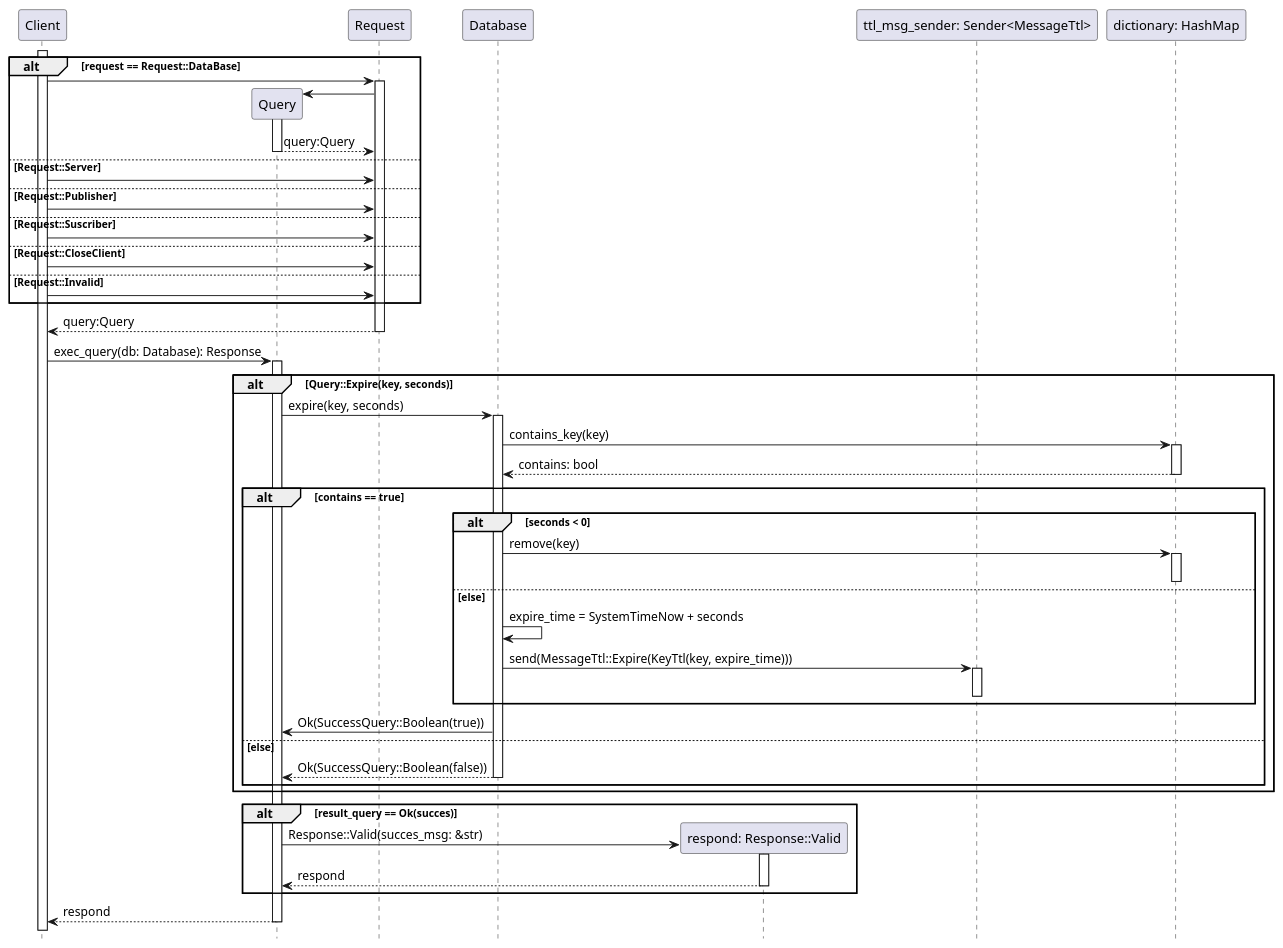
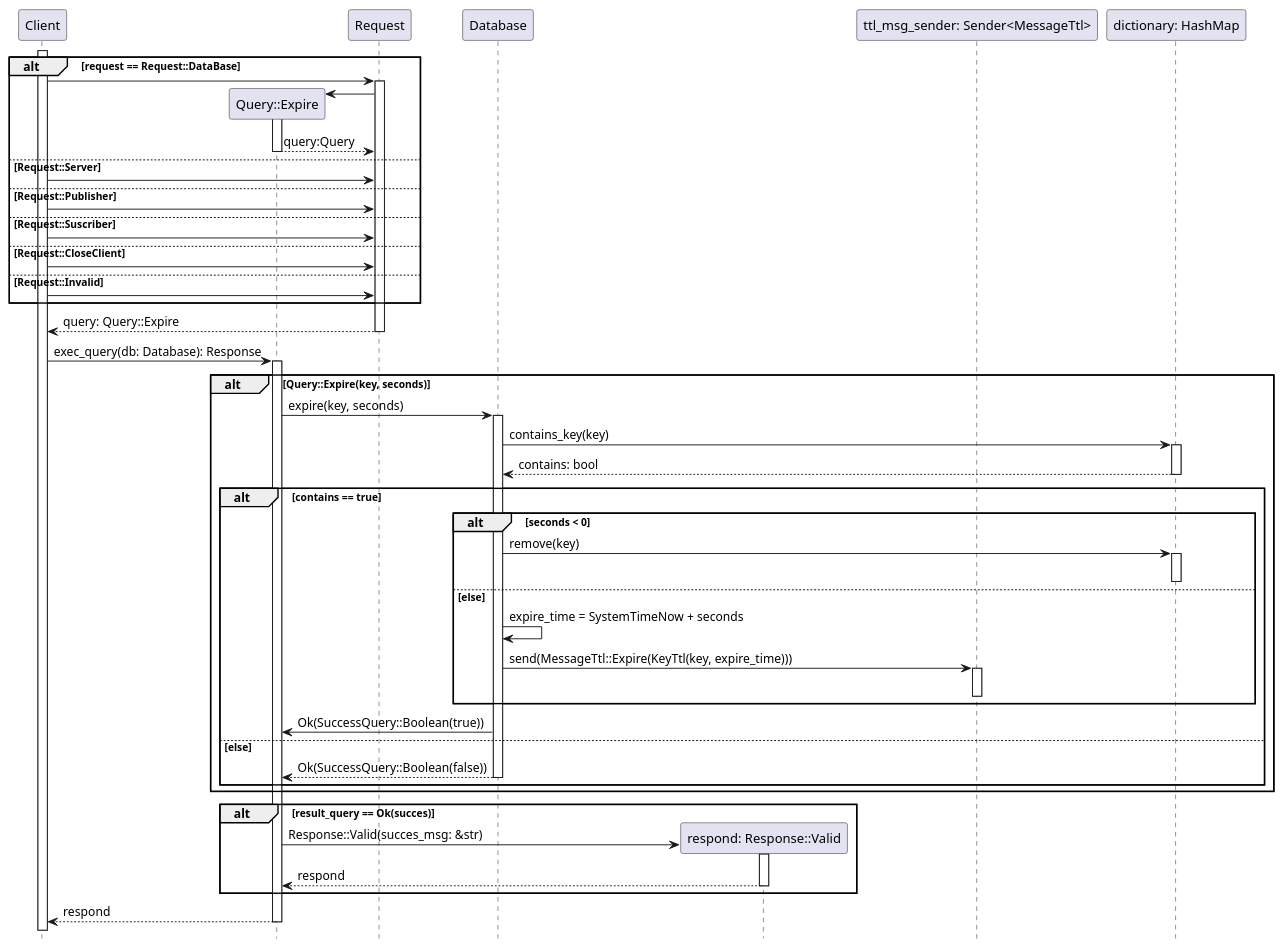
The diagram in src/Diagramas/expire_command.puml (taller-1-fiuba-rust/21C1-OxidadosFC), drawn with PlantUML before and after one commit. The commit also changed 2 other files, not shown here.

Commit message:
diagrams updated

```diff
--- a/src/Diagramas/expire_command.puml
+++ b/src/Diagramas/expire_command.puml
@@ -1,57 +1,58 @@
 @startuml expire command
 hide footbox
 activate Client
 participant Client order 10
 participant Database order 30
 participant Request order 20
 
     alt request == Request::DataBase
         Client -> Request++:
+        participant Query as "Query::Expire"
         create Query
         Request -> Query++:
         return query:Query
     else Request::Server
         Client -> Request:
     else Request::Publisher
         Client -> Request:
     else Request::Suscriber
         Client -> Request:
     else Request::CloseClient
         Client -> Request:
     else Request::Invalid
         Client -> Request:
     end
     
-    return query:Query
+    return query: Query::Expire
 
     Client -> Query++: exec_query(db: Database): Response
 
     alt Query::Expire(key, seconds)
         Query -> Database++: expire(key, seconds)
         participant Dictionary as "dictionary: HashMap" order 35
         Database -> Dictionary ++: contains_key(key)
         return contains: bool
         alt contains == true
             alt seconds < 0
                 Database -> Dictionary++: remove(key)
                 deactivate Dictionary
             else else
                 Database -> Database: expire_time = SystemTimeNow + seconds
                 participant msg_sender as "ttl_msg_sender: Sender<MessageTtl>" order 34
                 Database -> msg_sender++: send(MessageTtl::Expire(KeyTtl(key, expire_time)))
                 deactivate msg_sender
             end
             Database -> Query: Ok(SuccessQuery::Boolean(true))
         else else
             return Ok(SuccessQuery::Boolean(false))
         end
     end
 
     alt result_query == Ok(succes)
         participant Respond as "respond: Response::Valid" order 31
         create Respond
         Query -> Respond++: Response::Valid(succes_msg: &str)
         return respond
     end
     return respond
 @enduml
```
